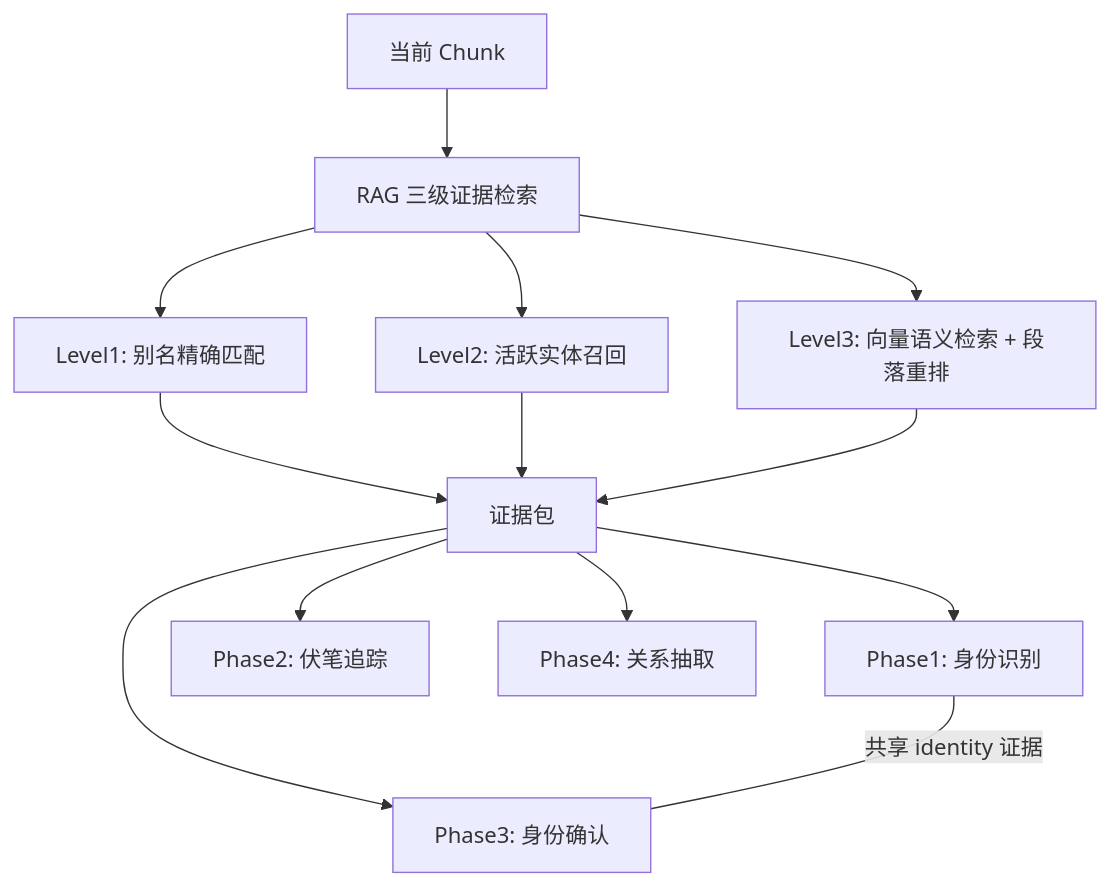
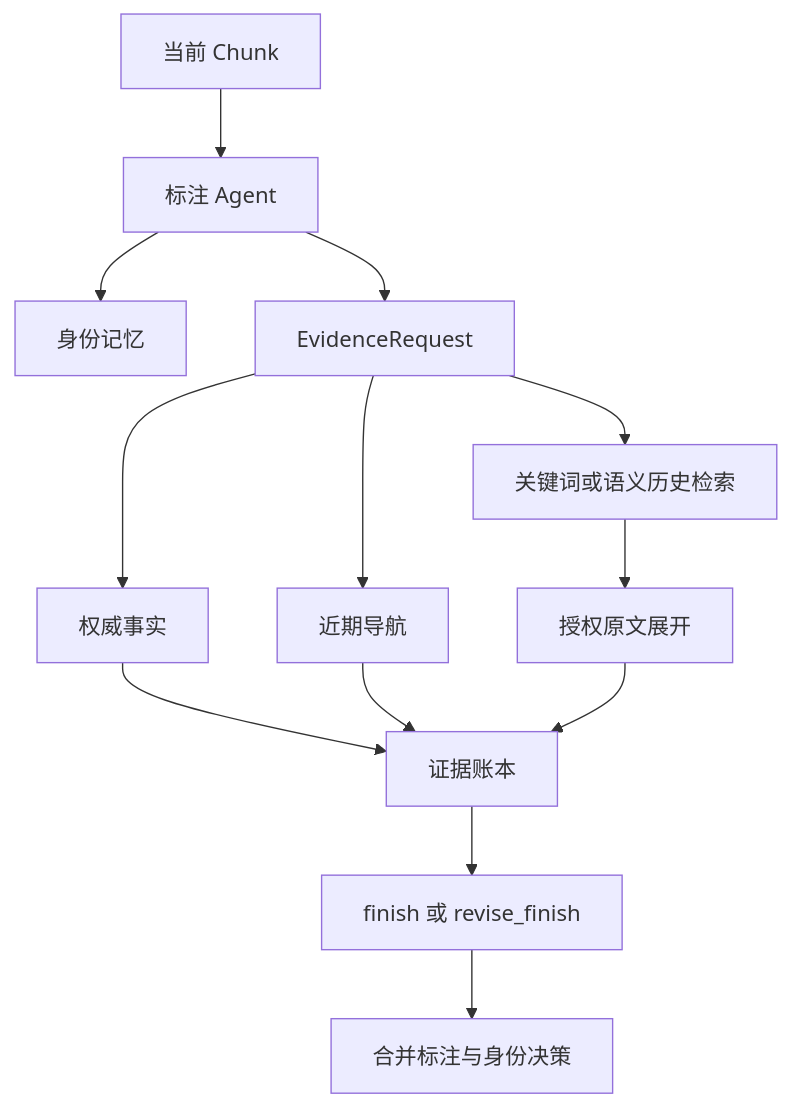
The second of 2 diagrams in README.md (famameilin/NovelIQ), drawn with Mermaid before and after one commit. The commit also changed other lines of this file and 1 other file, not shown here.

Commit message:
docs(agent): 同步当前 Agent 运行合同

````diff
--- a/README.md
+++ b/README.md
@@ -210,15 +201,15 @@
 ```mermaid
 flowchart TD
-    Chunk[当前 Chunk] --> RAG[RAG 三级证据检索]
-    RAG --> L1[Level1: 别名精确匹配]
-    RAG --> L2[Level2: 活跃实体召回]
-    RAG --> L3[Level3: 向量语义检索 + 段落重排]
-    L1 --> Bundle[证据包]
-    L2 --> Bundle
-    L3 --> Bundle
-    Bundle --> P1[Phase1: 身份识别]
-    Bundle --> P2[Phase2: 伏笔追踪]
-    Bundle --> P3[Phase3: 身份确认]
-    Bundle --> P4[Phase4: 关系抽取]
-    P1 --- |共享 identity 证据| P3
+    Chunk[当前 Chunk] --> Agent[标注 Agent]
+    Agent --> Memory[身份记忆]
+    Agent --> Request[EvidenceRequest]
+    Request --> Authority[权威事实]
+    Request --> Navigation[近期导航]
+    Request --> Historical[关键词或语义历史检索]
+    Historical --> Read[授权原文展开]
+    Authority --> Ledger[证据账本]
+    Navigation --> Ledger
+    Read --> Ledger
+    Ledger --> Finish[finish 或 revise_finish]
+    Finish --> Result[合并标注与身份决策]
 ```
````
